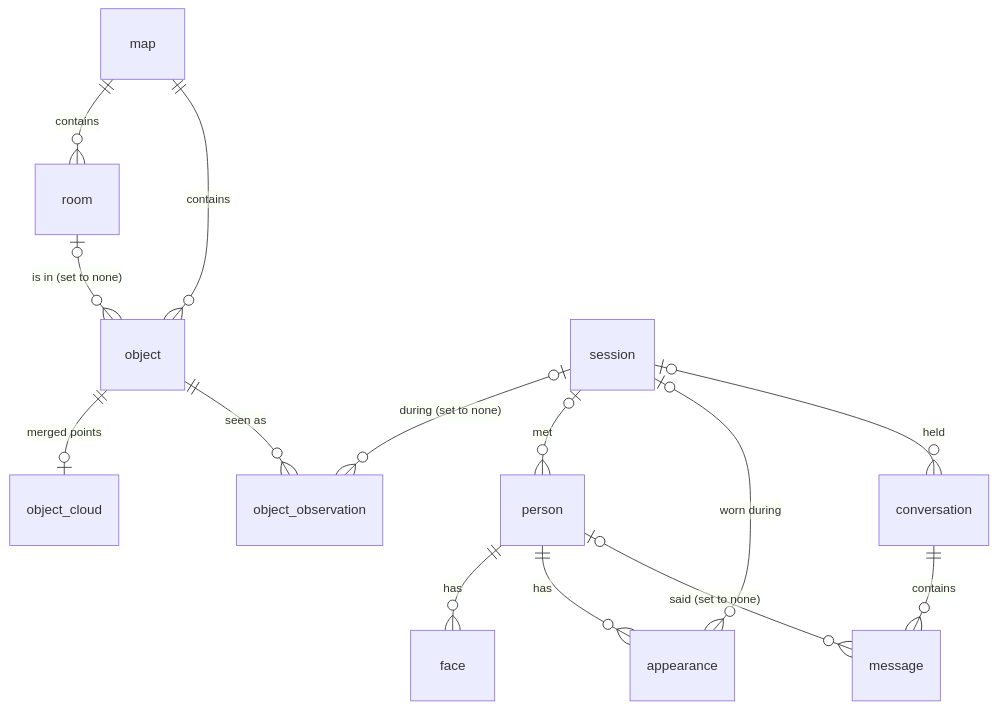
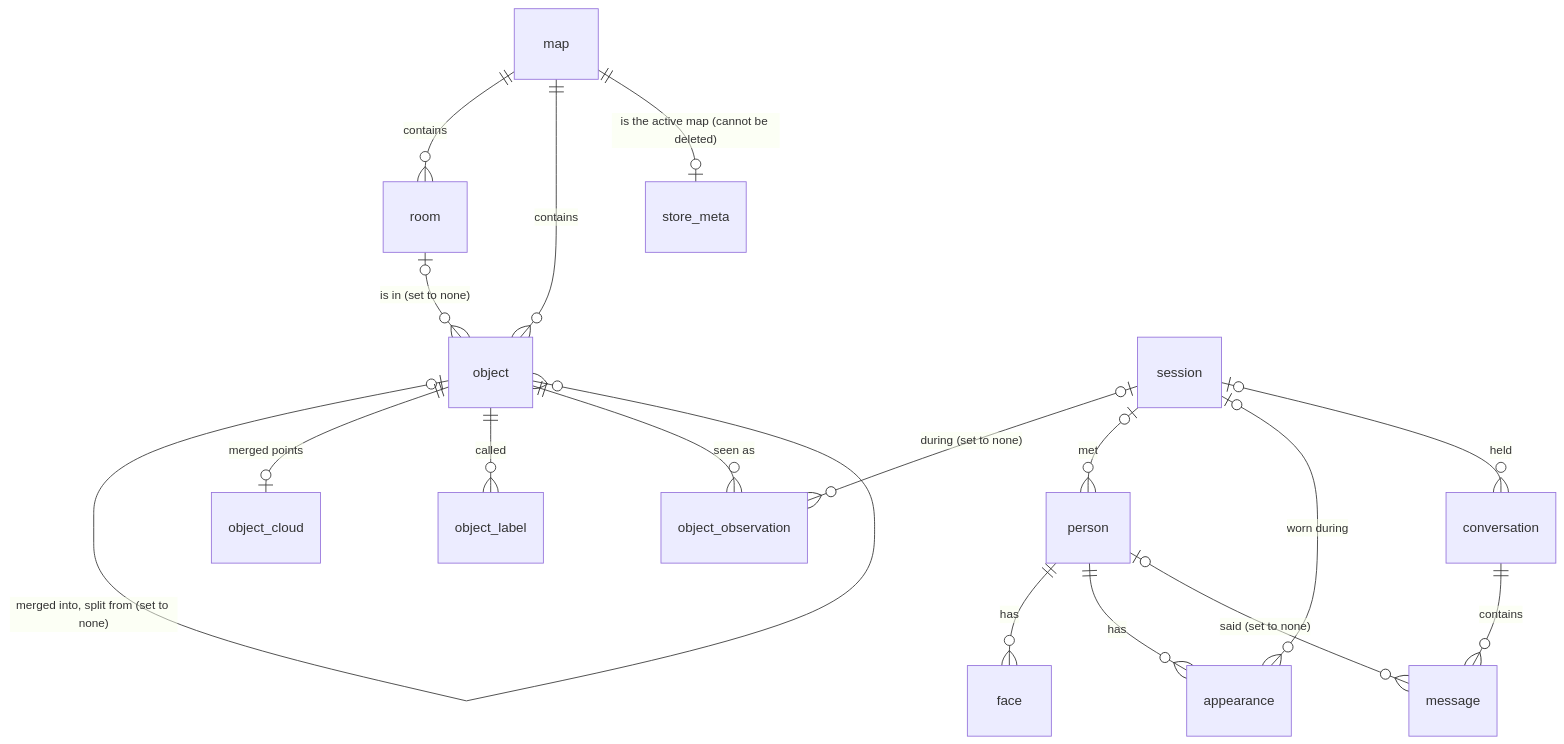
Before and after one commit to EIC-Robocup-2026/walkie-database: the third of 3 diagrams in docs/architecture/database.md, drawn with Mermaid. The commit also changed other lines of this file and 8 other files, not shown here.

````diff
--- a/docs/architecture/database.md
+++ b/docs/architecture/database.md
@@ -452,16 +455,19 @@
 ```mermaid
 erDiagram
   map ||--o{ room : "contains"
   map ||--o{ object : "contains"
+  map ||--o| store_meta : "is the active map (cannot be deleted)"
   room |o--o{ object : "is in (set to none)"
+  object |o--o{ object : "merged into, split from (set to none)"
   object ||--o| object_cloud : "merged points"
+  object ||--o{ object_label : "called"
   object ||--o{ object_observation : "seen as"
   session |o--o{ object_observation : "during (set to none)"
   session |o--o{ person : "met"
   session |o--o{ appearance : "worn during"
   session |o--o{ conversation : "held"
   person ||--o{ face : "has"
   person ||--o{ appearance : "has"
   conversation ||--o{ message : "contains"
   person |o--o{ message : "said (set to none)"
 ```
````
